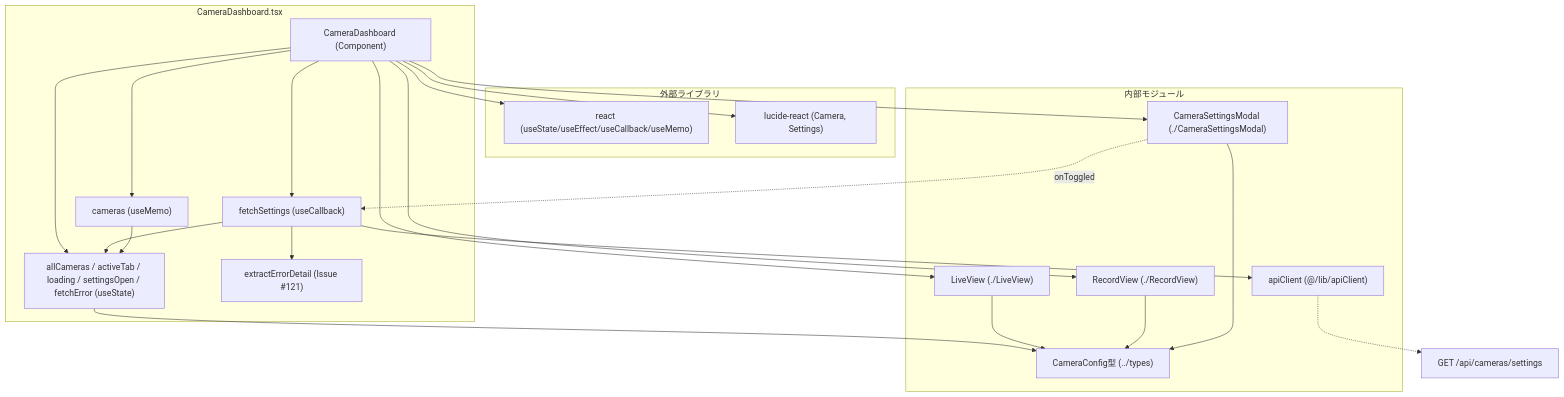
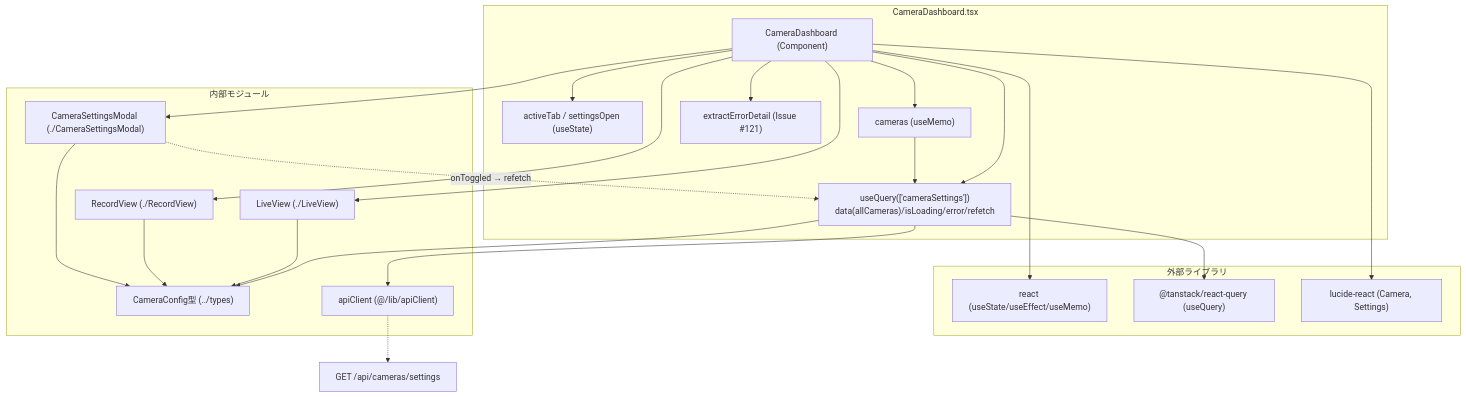
The second of 2 diagrams in docs/specifications/family-quest/src/features/camera/components/CameraDashboard.md (mmtigers/my_python_project), drawn with Mermaid before and after one commit. The commit also changed other lines of this file and 1 other file, not shown here.

First line of the commit message:
refactor(camera): CameraDashboard.tsxをReact Query化 (#326) (#345)

````diff
--- a/docs/specifications/family-quest/src/features/camera/components/CameraDashboard.md
+++ b/docs/specifications/family-quest/src/features/camera/components/CameraDashboard.md
@@ -172,44 +173,45 @@
 ```mermaid
 graph TD
     subgraph "CameraDashboard.tsx"
         Component_CameraDashboard["CameraDashboard (Component)"]
-        States["allCameras / activeTab / loading / settingsOpen / fetchError (useState)"]
-        FetchSettingsFn["fetchSettings (useCallback)"]
+        States["activeTab / settingsOpen (useState)"]
+        CameraQuery["useQuery(['cameraSettings'])<br>data(allCameras)/isLoading/error/refetch"]
         CamerasMemo["cameras (useMemo)"]
         ExtractErrorFn["extractErrorDetail (Issue #121)"]
     end
 
     subgraph "外部ライブラリ"
-        React["react (useState/useEffect/useCallback/useMemo)"]
+        React["react (useState/useEffect/useMemo)"]
+        ReactQuery["@tanstack/react-query (useQuery)"]
         LucideReact["lucide-react (Camera, Settings)"]
     end
 
     subgraph "内部モジュール"
         LiveView["LiveView (./LiveView)"]
         RecordView["RecordView (./RecordView)"]
         CameraSettingsModal["CameraSettingsModal (./CameraSettingsModal)"]
         CameraConfig["CameraConfig型 (../types)"]
         ApiClient["apiClient (@/lib/apiClient)"]
     end
 
     Component_CameraDashboard --> React
     Component_CameraDashboard --> LucideReact
     Component_CameraDashboard --> States
-    Component_CameraDashboard --> FetchSettingsFn
+    Component_CameraDashboard --> CameraQuery
     Component_CameraDashboard --> CamerasMemo
+    Component_CameraDashboard --> ExtractErrorFn
     Component_CameraDashboard --> LiveView
     Component_CameraDashboard --> RecordView
     Component_CameraDashboard --> CameraSettingsModal
-    FetchSettingsFn --> ApiClient
-    FetchSettingsFn --> States
-    FetchSettingsFn --> ExtractErrorFn
-    CamerasMemo --> States
-    States --> CameraConfig
+    CameraQuery --> ReactQuery
+    CameraQuery --> ApiClient
+    CamerasMemo --> CameraQuery
+    CameraQuery --> CameraConfig
     LiveView --> CameraConfig
     RecordView --> CameraConfig
     CameraSettingsModal --> CameraConfig
-    CameraSettingsModal -. "onToggled" .-> FetchSettingsFn
+    CameraSettingsModal -. "onToggled → refetch" .-> CameraQuery
 
     ApiClient -.-> Endpoint_Settings["GET /api/cameras/settings"]
 
 ```
````
